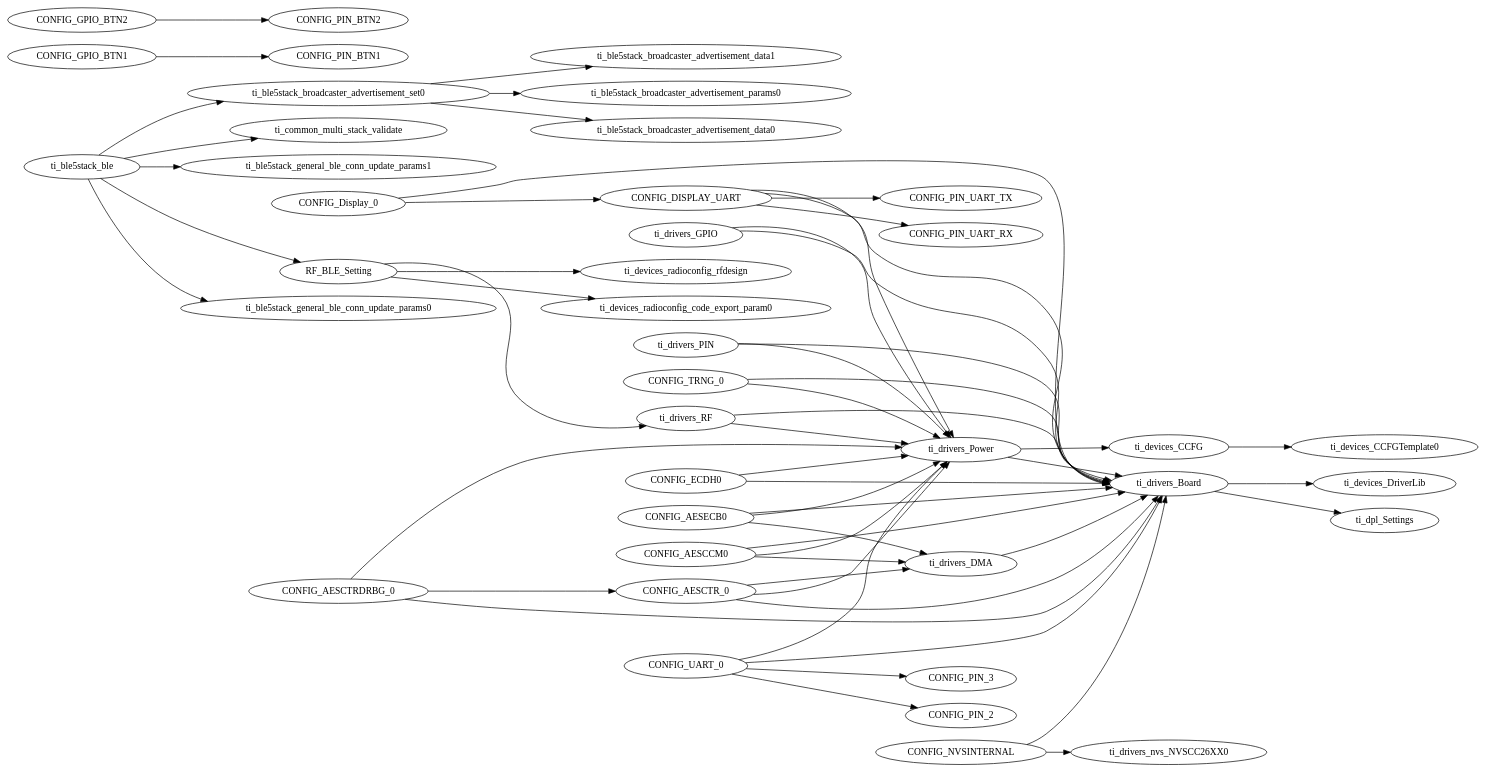
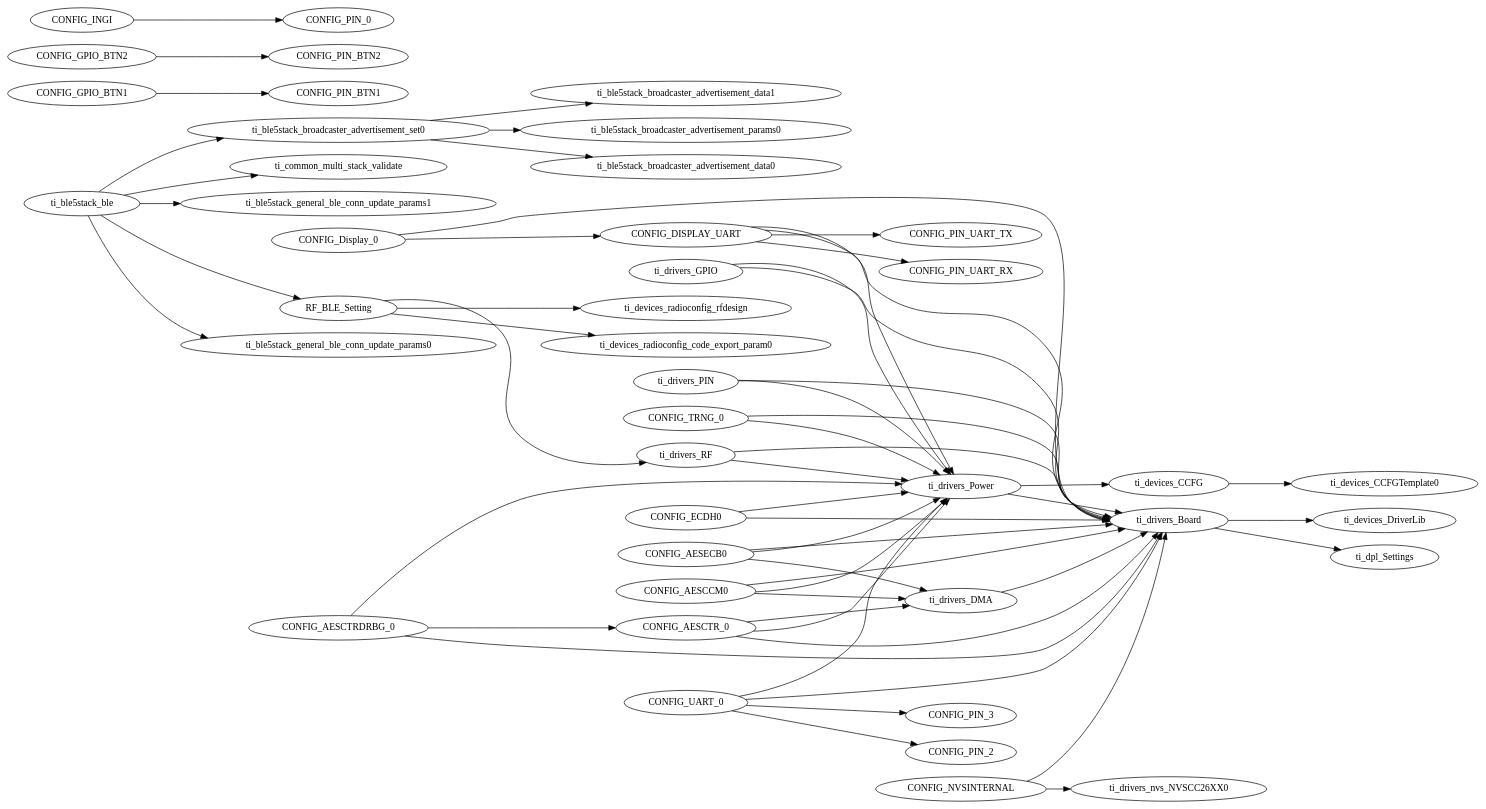
The diagram in src/IS006_OBDII_multi_role_CC13X2R1_LAUNCHXL_tirtos_ccs/Release/syscfg/ti_utils_runtime_model.gv (weliwang/IS006_OBDII), drawn with Graphviz before and after one commit. The commit also changed 8 other files, not shown here.

```diff
--- a/src/IS006_OBDII_multi_role_CC13X2R1_LAUNCHXL_tirtos_ccs/Release/syscfg/ti_utils_runtime_model.gv
+++ b/src/IS006_OBDII_multi_role_CC13X2R1_LAUNCHXL_tirtos_ccs/Release/syscfg/ti_utils_runtime_model.gv
@@ -1,117 +1,118 @@
 digraph Model
 {
     graph[rankdir=LR]
 
     // mod.$name=/ti/ble5stack/ble
     ti_ble5stack_ble -> ti_common_multi_stack_validate
     ti_ble5stack_ble -> RF_BLE_Setting
     ti_ble5stack_ble -> ti_ble5stack_general_ble_conn_update_params1
     ti_ble5stack_ble -> ti_ble5stack_general_ble_conn_update_params0
     ti_ble5stack_ble -> ti_ble5stack_broadcaster_advertisement_set0
 
     // mod.$name=/ti/ble5stack/broadcaster/advertisement_data
 
     // mod.$name=/ti/ble5stack/broadcaster/advertisement_params
 
     // mod.$name=/ti/ble5stack/broadcaster/advertisement_set
     ti_ble5stack_broadcaster_advertisement_set0 -> ti_ble5stack_broadcaster_advertisement_params0
     ti_ble5stack_broadcaster_advertisement_set0 -> ti_ble5stack_broadcaster_advertisement_data0
     ti_ble5stack_broadcaster_advertisement_set0 -> ti_ble5stack_broadcaster_advertisement_data1
 
     // mod.$name=/ti/ble5stack/general/ble_conn_update_params
 
     // mod.$name=/ti/common/multi_stack_validate
 
     // mod.$name=/ti/devices/CCFG
     ti_devices_CCFG -> ti_devices_CCFGTemplate0
 
     // mod.$name=/ti/devices/CCFGTemplate
 
     // mod.$name=/ti/devices/DriverLib
 
     // mod.$name=/ti/devices/radioconfig/code_export_param
 
     // mod.$name=/ti/devices/radioconfig/rfdesign
 
     // mod.$name=/ti/devices/radioconfig/settings/ble
     RF_BLE_Setting -> ti_drivers_RF
     RF_BLE_Setting -> ti_devices_radioconfig_rfdesign
     RF_BLE_Setting -> ti_devices_radioconfig_code_export_param0
 
     // mod.$name=/ti/display/Display
     CONFIG_Display_0 -> ti_drivers_Board
     CONFIG_Display_0 -> CONFIG_DISPLAY_UART
 
     // mod.$name=/ti/dpl/Settings
 
     // mod.$name=/ti/drivers/AESCCM
     CONFIG_AESCCM0 -> ti_drivers_DMA
     CONFIG_AESCCM0 -> ti_drivers_Power
     CONFIG_AESCCM0 -> ti_drivers_Board
 
     // mod.$name=/ti/drivers/AESCTR
     CONFIG_AESCTR_0 -> ti_drivers_DMA
     CONFIG_AESCTR_0 -> ti_drivers_Power
     CONFIG_AESCTR_0 -> ti_drivers_Board
 
     // mod.$name=/ti/drivers/AESCTRDRBG
     CONFIG_AESCTRDRBG_0 -> ti_drivers_Power
     CONFIG_AESCTRDRBG_0 -> ti_drivers_Board
     CONFIG_AESCTRDRBG_0 -> CONFIG_AESCTR_0
 
     // mod.$name=/ti/drivers/AESECB
     CONFIG_AESECB0 -> ti_drivers_DMA
     CONFIG_AESECB0 -> ti_drivers_Power
     CONFIG_AESECB0 -> ti_drivers_Board
 
     // mod.$name=/ti/drivers/Board
     ti_drivers_Board -> ti_devices_DriverLib
     ti_drivers_Board -> ti_dpl_Settings
 
     // mod.$name=/ti/drivers/DMA
     ti_drivers_DMA -> ti_drivers_Board
 
     // mod.$name=/ti/drivers/ECDH
     CONFIG_ECDH0 -> ti_drivers_Power
     CONFIG_ECDH0 -> ti_drivers_Board
 
     // mod.$name=/ti/drivers/GPIO
     ti_drivers_GPIO -> ti_drivers_Power
     ti_drivers_GPIO -> ti_drivers_Board
     CONFIG_GPIO_BTN1 -> CONFIG_PIN_BTN1
     CONFIG_GPIO_BTN2 -> CONFIG_PIN_BTN2
+    CONFIG_INGI -> CONFIG_PIN_0
 
     // mod.$name=/ti/drivers/NVS
     CONFIG_NVSINTERNAL -> ti_drivers_Board
     CONFIG_NVSINTERNAL -> ti_drivers_nvs_NVSCC26XX0
 
     // mod.$name=/ti/drivers/PIN
     ti_drivers_PIN -> ti_drivers_Power
     ti_drivers_PIN -> ti_drivers_Board
 
     // mod.$name=/ti/drivers/Power
     ti_drivers_Power -> ti_devices_CCFG
     ti_drivers_Power -> ti_drivers_Board
 
     // mod.$name=/ti/drivers/RF
     ti_drivers_RF -> ti_drivers_Power
     ti_drivers_RF -> ti_drivers_Board
 
     // mod.$name=/ti/drivers/RTOS
 
     // mod.$name=/ti/drivers/TRNG
     CONFIG_TRNG_0 -> ti_drivers_Power
     CONFIG_TRNG_0 -> ti_drivers_Board
 
     // mod.$name=/ti/drivers/UART
     CONFIG_DISPLAY_UART -> ti_drivers_Power
     CONFIG_DISPLAY_UART -> ti_drivers_Board
     CONFIG_UART_0 -> ti_drivers_Power
     CONFIG_UART_0 -> ti_drivers_Board
     CONFIG_DISPLAY_UART -> CONFIG_PIN_UART_TX
     CONFIG_DISPLAY_UART -> CONFIG_PIN_UART_RX
     CONFIG_UART_0 -> CONFIG_PIN_2
     CONFIG_UART_0 -> CONFIG_PIN_3
 
     // mod.$name=/ti/drivers/nvs/NVSCC26XX
 }
```
